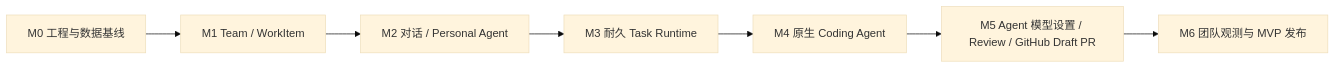
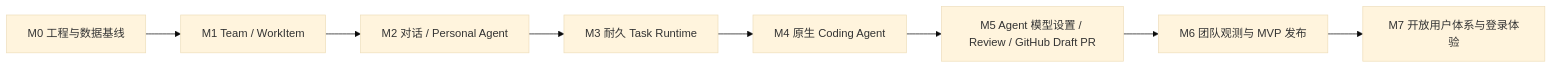
Before and after one commit to zhangkaixuan01/crewscope: the diagram in docs/CrewScope-实施计划.md, drawn with Mermaid (base theme). The commit also changed other lines of this file and 4 other files, not shown here.

````diff
--- a/docs/CrewScope-实施计划.md
+++ b/docs/CrewScope-实施计划.md
@@ -155,9 +156,10 @@
 ```mermaid
 flowchart LR
   M0["M0 工程与数据基线"] --> M1["M1 Team / WorkItem"]
   M1 --> M2["M2 对话 / Personal Agent"]
   M2 --> M3["M3 耐久 Task Runtime"]
   M3 --> M4["M4 原生 Coding Agent"]
   M4 --> M5["M5 Agent 模型设置 / Review / GitHub Draft PR"]
   M5 --> M6["M6 团队观测与 MVP 发布"]
+  M6 --> M7["M7 开放用户体系与登录体验"]
 ```
````
